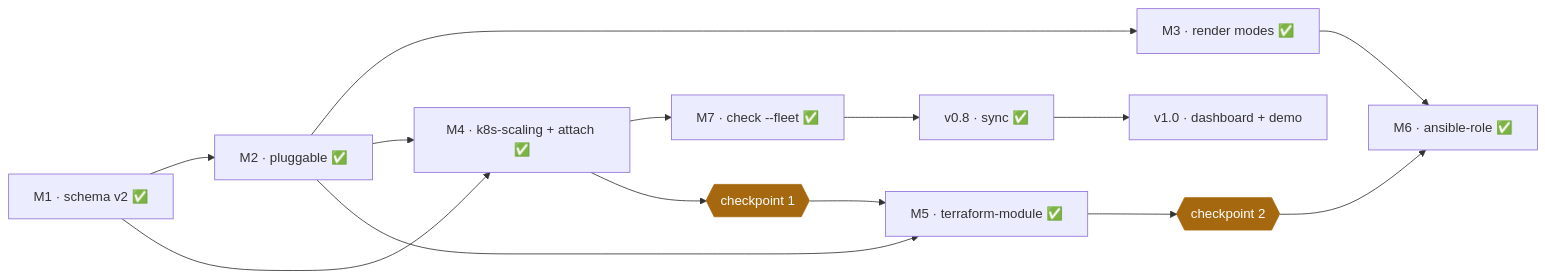
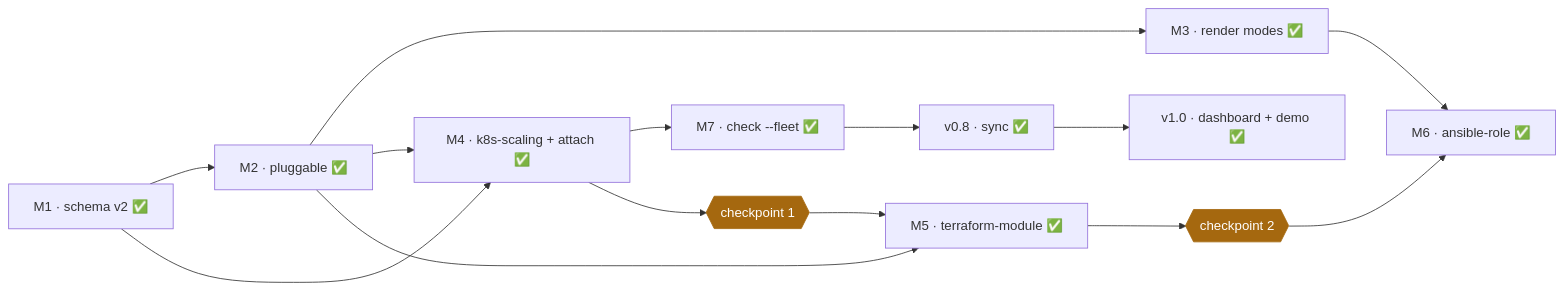
Before and after one commit to sameeralam3127/ansari: the diagram in docs/roadmap.md, drawn with Mermaid. The commit also changed other lines of this file and 17 other files, not shown here.

First line of the commit message:
feat: fleet dashboard and `make demo` (#34)

````diff
--- a/docs/roadmap.md
+++ b/docs/roadmap.md
@@ -23,19 +23,19 @@
 ```mermaid
 flowchart LR
     M1[M1 · schema v2 ✅] --> M2[M2 · pluggable ✅]
     M2 --> M3[M3 · render modes ✅]
     M1 --> M4[M4 · k8s-scaling + attach ✅]
     M2 --> M4
     M2 --> M5[M5 · terraform-module ✅]
     M3 --> M6[M6 · ansible-role ✅]
     M4 --> M7[M7 · check --fleet ✅]
     M7 --> S[v0.8 · sync ✅]
-    S --> D[v1.0 · dashboard + demo]
+    S --> D[v1.0 · dashboard + demo ✅]
 
     CP1{{checkpoint 1}}:::cp
     CP2{{checkpoint 2}}:::cp
     M4 --> CP1 --> M5
     M5 --> CP2 --> M6
 
     classDef cp fill:#a5680f,stroke:#a5680f,color:#fff
 ```
````
